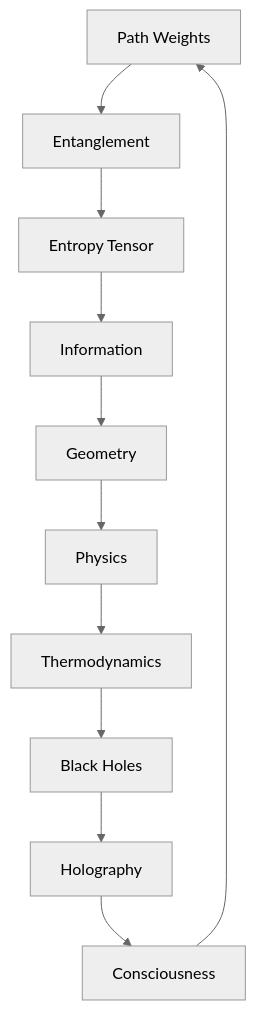
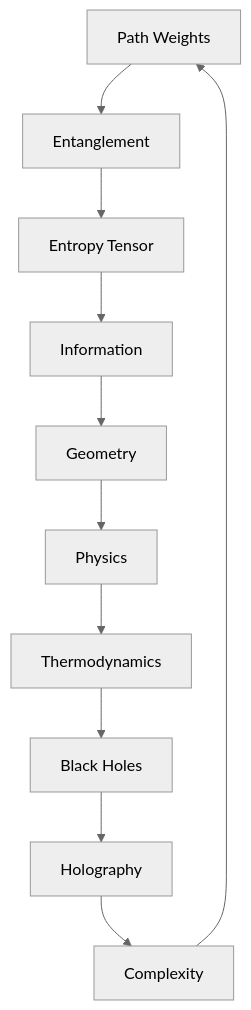
One commit to loning/the-phys changed the second of 2 diagrams in docs/psi-structum/book-1-collapse-ontology/part-03-tensor-algebra/chapter-043-entropy-tensor-weight-entanglement.md. Above: the diagram before and after it, drawn with Mermaid (neutral theme). The commit also changed other lines of this file and 33 other files, not shown here.

````diff
--- a/docs/psi-structum/book-1-collapse-ontology/part-03-tensor-algebra/chapter-043-entropy-tensor-weight-entanglement.md
+++ b/docs/psi-structum/book-1-collapse-ontology/part-03-tensor-algebra/chapter-043-entropy-tensor-weight-entanglement.md
@@ -185,13 +210,13 @@
 ```mermaid
 graph TD
     A[Path Weights] --> B[Entanglement]
     B --> C[Entropy Tensor]
     C --> D[Information]
     D --> E[Geometry]
     E --> F[Physics]
     F --> G[Thermodynamics]
     G --> H[Black Holes]
     H --> I[Holography]
-    I --> J[Consciousness]
+    I --> J[Complexity]
     J --> A
 ```
````
